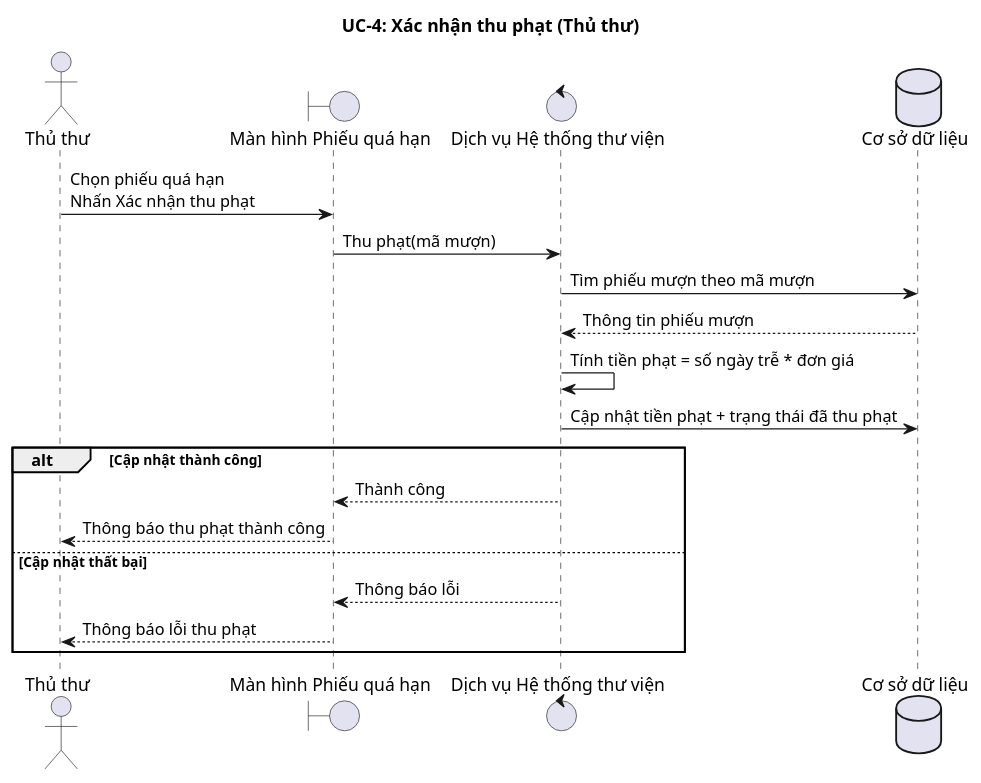
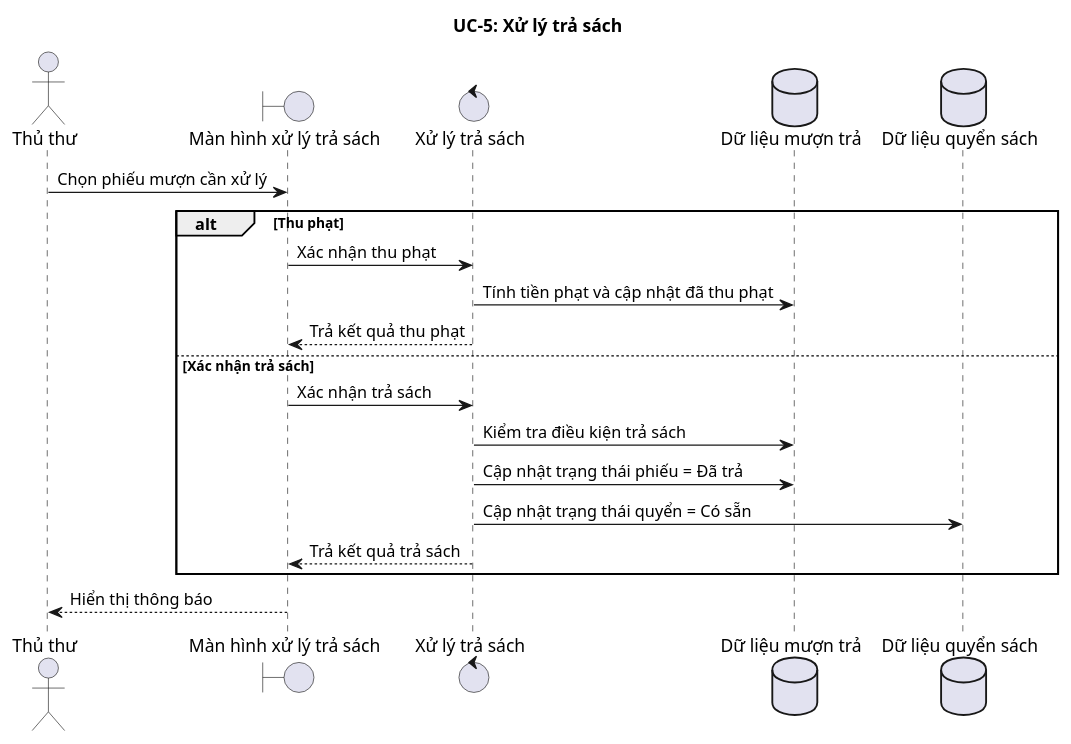
The fifth of 14 diagrams in docs/SEQUENCE_UC_DA_LAM.md (TienDungwork/Nhom3_PTTK-HTTT), drawn with PlantUML before and after one commit. The commit also changed other lines of this file and 22 other files, not shown here.

````diff
--- a/docs/SEQUENCE_UC_DA_LAM.md
+++ b/docs/SEQUENCE_UC_DA_LAM.md
@@ -100,25 +131,27 @@
 ```puml
 @startuml
-title UC-4: Xác nhận thu phạt (Thủ thư)
+title UC-5: Xử lý trả sách
 
 actor ThuThu as "Thủ thư"
-boundary OverdueUI as "Màn hình Phiếu quá hạn"
-control FineService as "Dịch vụ Hệ thống thư viện"
-database BorrowDB as "Cơ sở dữ liệu"
+boundary ManHinhXuLyTra as "Màn hình xử lý trả sách"
+control XuLyTraSach as "Xử lý trả sách"
+database DuLieuMuonTra as "Dữ liệu mượn trả"
+database DuLieuQuyenSach as "Dữ liệu quyển sách"
 
-ThuThu -> OverdueUI: Chọn phiếu quá hạn\nNhấn Xác nhận thu phạt
-OverdueUI -> FineService: Thu phạt(mã mượn)
-FineService -> BorrowDB: Tìm phiếu mượn theo mã mượn
-BorrowDB --> FineService: Thông tin phiếu mượn
-FineService -> FineService: Tính tiền phạt = số ngày trễ * đơn giá
-FineService -> BorrowDB: Cập nhật tiền phạt + trạng thái đã thu phạt
+ThuThu -> ManHinhXuLyTra: Chọn phiếu mượn cần xử lý
 
-alt Cập nhật thành công
-  FineService --> OverdueUI: Thành công
-  OverdueUI --> ThuThu: Thông báo thu phạt thành công
-else Cập nhật thất bại
-  FineService --> OverdueUI: Thông báo lỗi
-  OverdueUI --> ThuThu: Thông báo lỗi thu phạt
+alt Thu phạt
+  ManHinhXuLyTra -> XuLyTraSach: Xác nhận thu phạt
+  XuLyTraSach -> DuLieuMuonTra: Tính tiền phạt và cập nhật đã thu phạt
+  XuLyTraSach --> ManHinhXuLyTra: Trả kết quả thu phạt
+else Xác nhận trả sách
+  ManHinhXuLyTra -> XuLyTraSach: Xác nhận trả sách
+  XuLyTraSach -> DuLieuMuonTra: Kiểm tra điều kiện trả sách
+  XuLyTraSach -> DuLieuMuonTra: Cập nhật trạng thái phiếu = Đã trả
+  XuLyTraSach -> DuLieuQuyenSach: Cập nhật trạng thái quyển = Có sẵn
+  XuLyTraSach --> ManHinhXuLyTra: Trả kết quả trả sách
 end
+
+ManHinhXuLyTra --> ThuThu: Hiển thị thông báo
 @enduml
 ```
````
